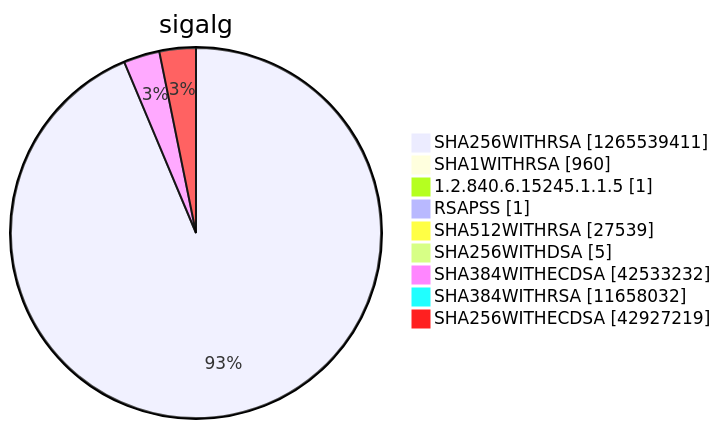
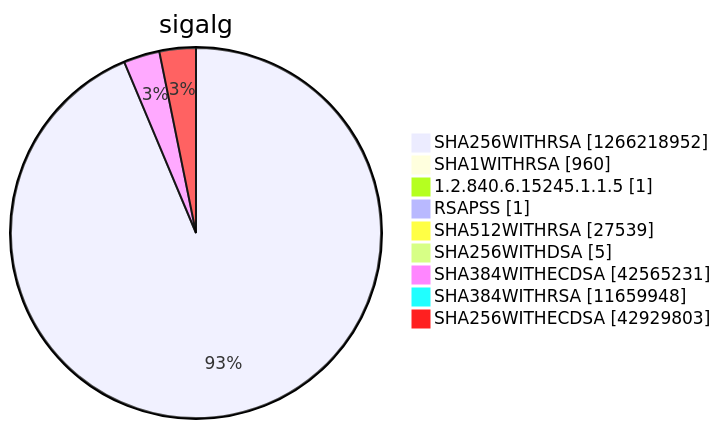
One commit to christiankrug/ctmonitor_visualization changed diagram 15 of 15 in argon2022/README.md. Above: the diagram before and after it, drawn with Mermaid. The commit also changed other lines of this file, not shown here.

````diff
--- a/argon2022/README.md
+++ b/argon2022/README.md
@@ -5522,13 +5522,13 @@
 ```mermaid
 pie showData
 title sigalg
-"SHA256WITHRSA" :1265539411
+"SHA256WITHRSA" :1266218952
 "SHA1WITHRSA" :960
 "1.2.840.6.15245.1.1.5" :1
 "RSAPSS" :1
 "SHA512WITHRSA" :27539
 "SHA256WITHDSA" :5
-"SHA384WITHECDSA" :42533232
-"SHA384WITHRSA" :11658032
-"SHA256WITHECDSA" :42927219
+"SHA384WITHECDSA" :42565231
+"SHA384WITHRSA" :11659948
+"SHA256WITHECDSA" :42929803
 ```
````
